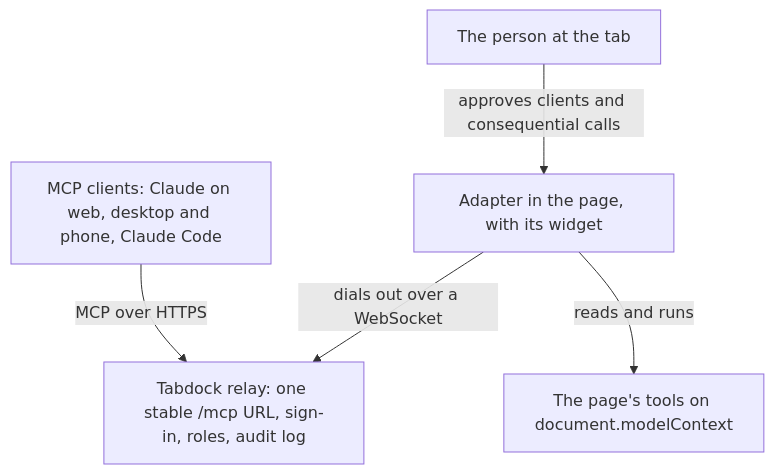
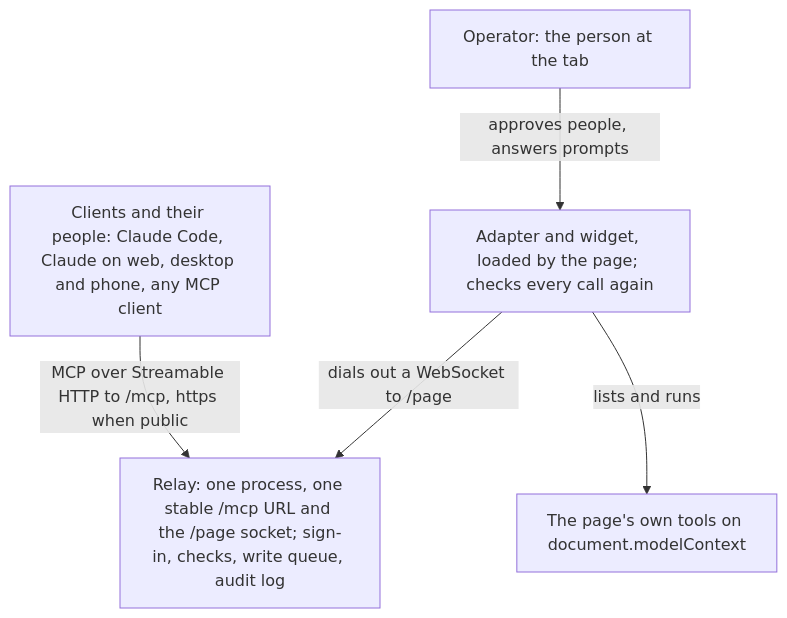
Before and after one commit to PaulMRamirez/tabdock: the diagram in README.md, drawn with Mermaid. The commit also changed other lines of this file and 94 other files, not shown here.

First line of the commit message:
Docs: a user guide with a mental model, docs in sync with the code, and tests that keep them so (#11)

````diff
--- a/README.md
+++ b/README.md
@@ -51,12 +13,12 @@
 ```mermaid
 flowchart TB
-  clients["MCP clients: Claude on web, desktop and phone, Claude Code"]
-  relay["Tabdock relay: one stable /mcp URL, sign-in, roles, audit log"]
-  adapter["Adapter in the page, with its widget"]
-  tools["The page's tools on document.modelContext"]
-  person["The person at the tab"]
-  clients -->|"MCP over HTTPS"| relay
-  adapter -->|"dials out over a WebSocket"| relay
-  adapter -->|"reads and runs"| tools
-  person -->|"approves clients and consequential calls"| adapter
+  clients["Clients and their people: Claude Code, Claude on web, desktop and phone, any MCP client"]
+  relay["Relay: one process, one stable /mcp URL and the /page socket; sign-in, checks, write queue, audit log"]
+  adapter["Adapter and widget, loaded by the page; checks every call again"]
+  tools["The page's own tools on document.modelContext"]
+  operator["Operator: the person at the tab"]
+  clients -->|"MCP over Streamable HTTP to /mcp, https when public"| relay
+  adapter -->|"dials out a WebSocket to /page"| relay
+  adapter -->|"lists and runs"| tools
+  operator -->|"approves people, answers prompts"| adapter
 ```
````
